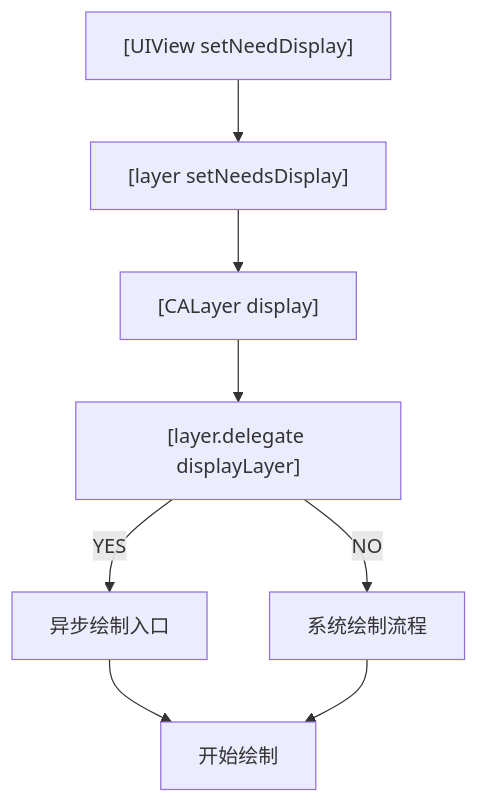
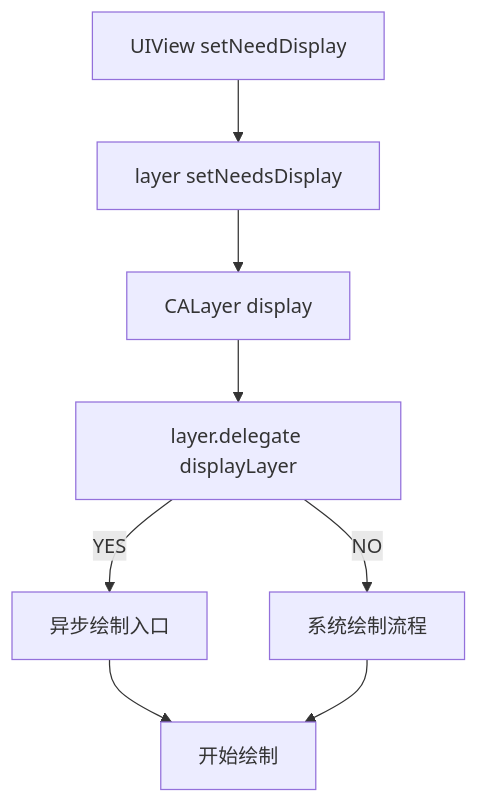
One commit to kyios/club changed the first of 4 diagrams in source/_posts/IOS-UI-总结.md. Above: the diagram before and after it, drawn with Mermaid. The commit also changed 21 other files, not shown here.

````diff
--- a/source/_posts/IOS-UI-总结.md
+++ b/source/_posts/IOS-UI-总结.md
@@ -133,11 +133,11 @@
 ```mermaid
 graph TD
-A[&#91UIView setNeedDisplay&#93] 
-A-->B[&#91layer setNeedsDisplay&#93]
-B-->C[&#91CALayer display&#93]
-C-->D[&#91layer.delegate displayLayer&#93]
+A[UIView setNeedDisplay] 
+A-->B[layer setNeedsDisplay]
+B-->C[CALayer display]
+C-->D[layer.delegate displayLayer]
 D-->|YES| E[异步绘制入口]
 D-->|NO| F[系统绘制流程]
 E-->G[开始绘制]
 F-->G[开始绘制]
 ```
````
